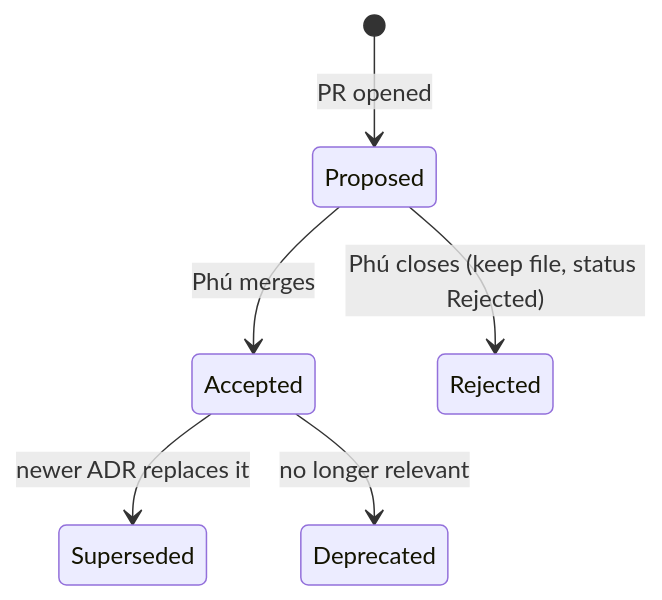
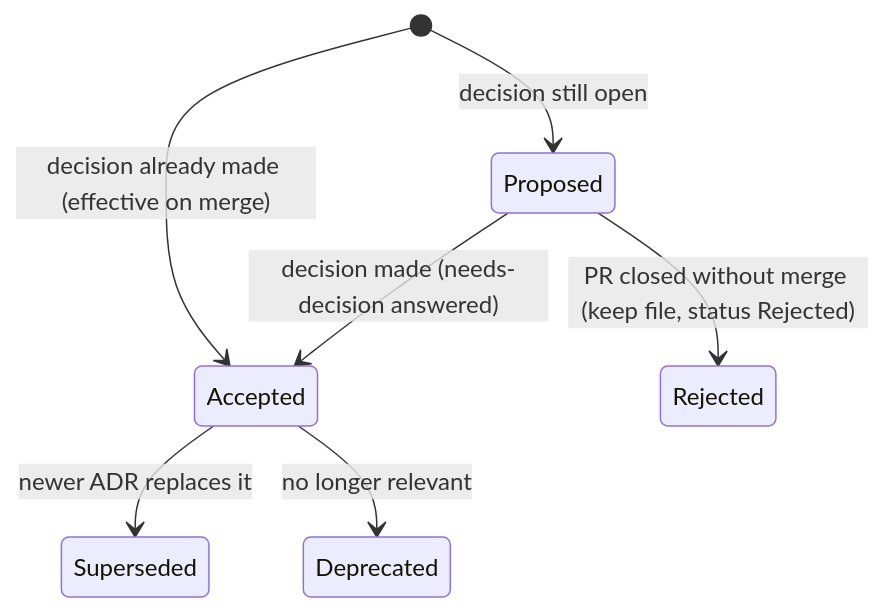
One commit to vinhphu2209/expense-app changed the diagram in docs/conventions/documentation.md. Above: the diagram before and after it, drawn with Mermaid. The commit also changed other lines of this file and 25 other files, not shown here.

````diff
--- a/docs/conventions/documentation.md
+++ b/docs/conventions/documentation.md
@@ -48,8 +48,9 @@
 ```mermaid
 stateDiagram-v2
-  [*] --> Proposed: PR opened
-  Proposed --> Accepted: Phú merges
-  Proposed --> Rejected: Phú closes (keep file, status Rejected)
+  [*] --> Accepted: decision already made (effective on merge)
+  [*] --> Proposed: decision still open
+  Proposed --> Accepted: decision made (needs-decision answered)
+  Proposed --> Rejected: PR closed without merge (keep file, status Rejected)
   Accepted --> Superseded: newer ADR replaces it
   Accepted --> Deprecated: no longer relevant
 ```
````
